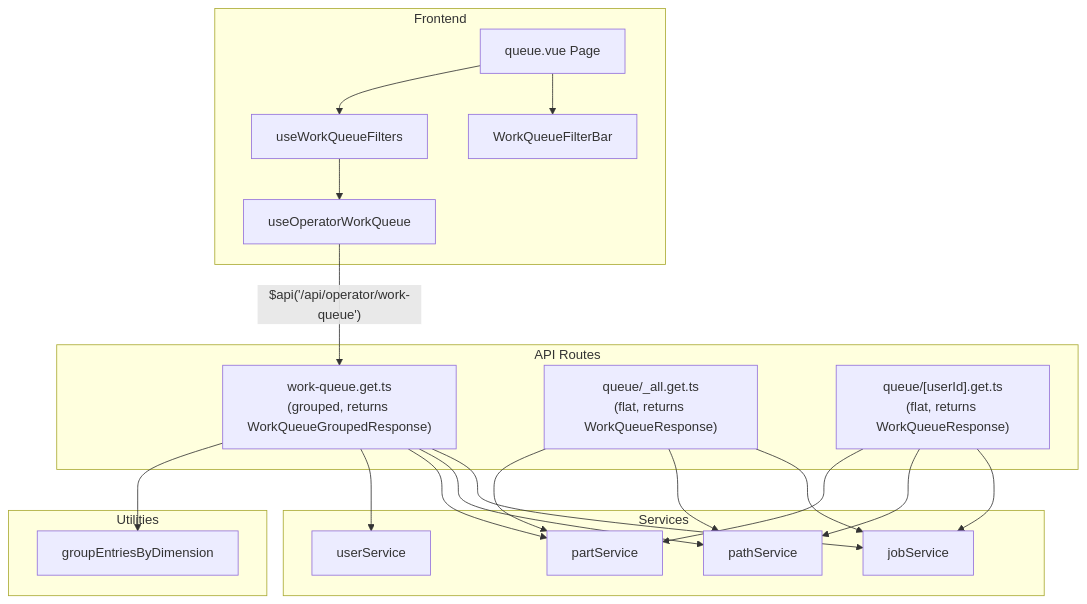
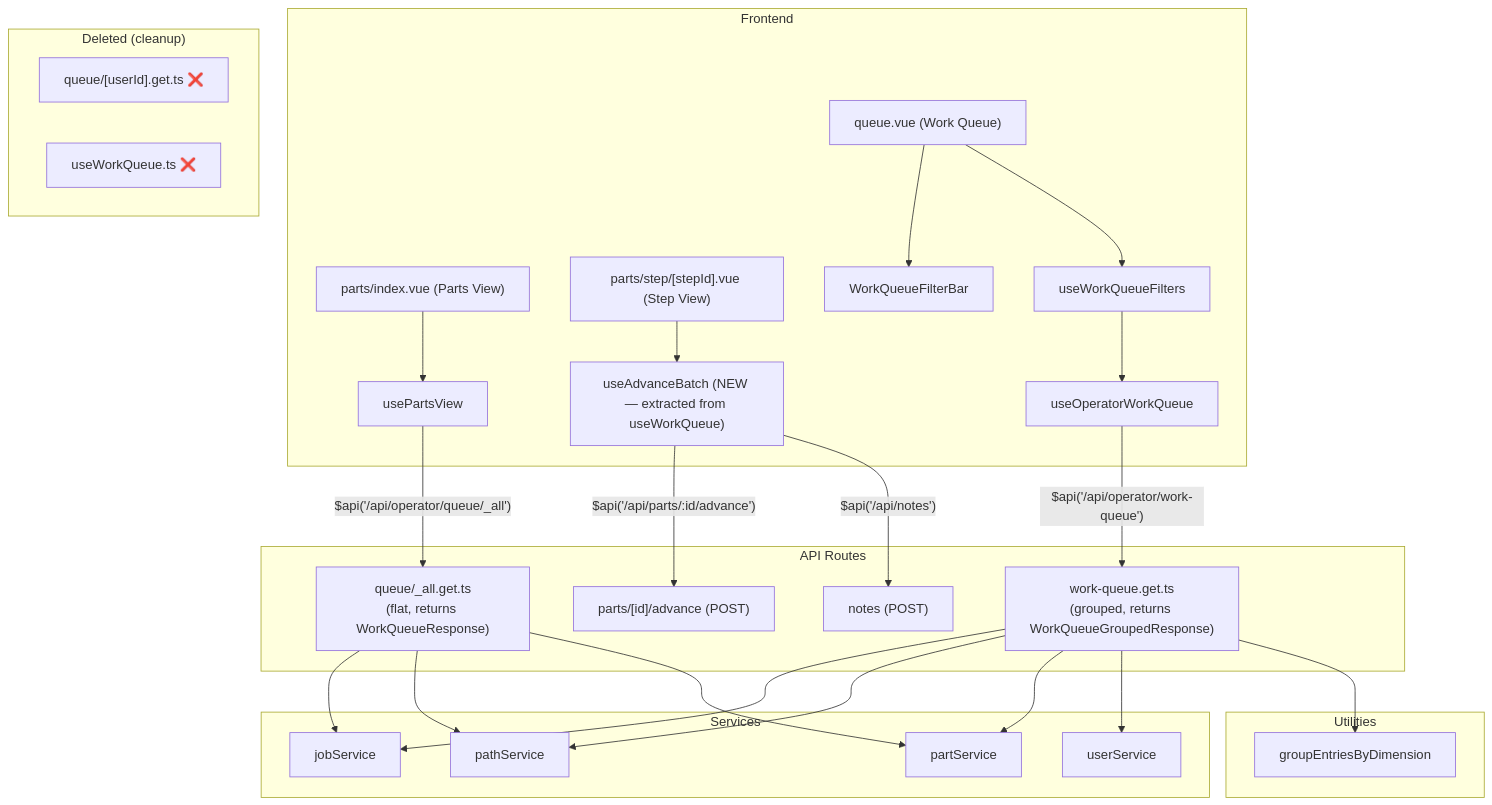
The first of 2 diagrams in .kiro/specs/work-queue-first-step/design.md (XanderLuciano/shop-planr), drawn with Mermaid before and after one commit. The commit also changed other lines of this file, not shown here.

First line of the commit message:
feat: update work queue first-step design doc with completedCount logic and dead code cleanup scope

````diff
--- a/.kiro/specs/work-queue-first-step/design.md
+++ b/.kiro/specs/work-queue-first-step/design.md
@@ -17,43 +51,57 @@
 ```mermaid
 graph TD
     subgraph Frontend
-        QP[queue.vue Page]
+        QP["queue.vue (Work Queue)"]
+        PV["parts/index.vue (Parts View)"]
+        SV["parts/step/[stepId].vue (Step View)"]
         WQF[WorkQueueFilterBar]
         UWQF[useWorkQueueFilters]
         UOWQ[useOperatorWorkQueue]
+        UPV[usePartsView]
+        UAB["useAdvanceBatch (NEW — extracted from useWorkQueue)"]
     end
 
     subgraph API Routes
         WQ["work-queue.get.ts<br/>(grouped, returns WorkQueueGroupedResponse)"]
         ALL["queue/_all.get.ts<br/>(flat, returns WorkQueueResponse)"]
-        UID["queue/[userId].get.ts<br/>(flat, returns WorkQueueResponse)"]
+        ADV["parts/[id]/advance (POST)"]
+        NOTES["notes (POST)"]
+    end
+
+    subgraph "Deleted (cleanup)"
+        UID["queue/[userId].get.ts ❌"]
+        UWQ["useWorkQueue.ts ❌"]
     end
 
     subgraph Utilities
         GRP[groupEntriesByDimension]
     end
 
     subgraph Services
         JS[jobService]
         PS[pathService]
         PTS[partService]
         US[userService]
     end
 
     QP --> WQF
     QP --> UWQF
     UWQF --> UOWQ
     UOWQ -->|"$api('/api/operator/work-queue')"| WQ
 
+    PV --> UPV
+    UPV -->|"$api('/api/operator/queue/_all')"| ALL
+
+    SV --> UAB
+    UAB -->|"$api('/api/parts/:id/advance')"| ADV
+    UAB -->|"$api('/api/notes')"| NOTES
+
     WQ --> JS
     WQ --> PS
     WQ --> PTS
     WQ --> US
     WQ --> GRP
     ALL --> JS
     ALL --> PS
     ALL --> PTS
-    UID --> JS
-    UID --> PS
-    UID --> PTS
 ```
````
